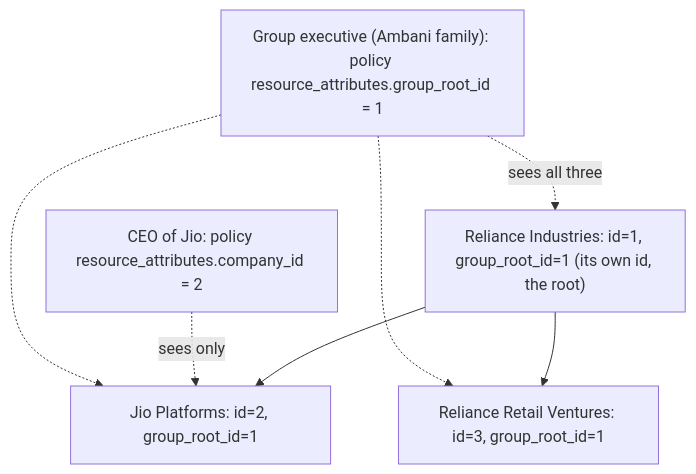
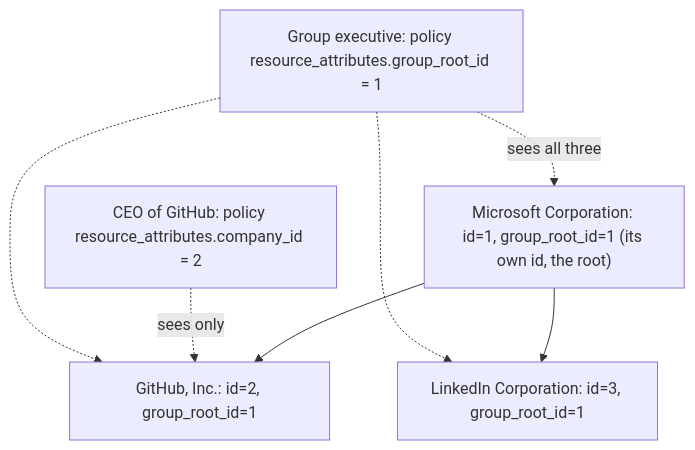
Before and after one commit to Nachiket-2024/balance_sheet_analysis: the diagram in docs/app/access-control/overview.md, drawn with Mermaid. The commit also changed other lines of this file and 1793 other files, not shown here.

````diff
--- a/docs/app/access-control/overview.md
+++ b/docs/app/access-control/overview.md
@@ -32,14 +41,14 @@
 ```mermaid
 flowchart TD
-    Reliance["Reliance Industries: id=1, group_root_id=1 (its own id, the root)"]
-    Jio["Jio Platforms: id=2, group_root_id=1"]
-    Retail["Reliance Retail Ventures: id=3, group_root_id=1"]
+    Microsoft["Microsoft Corporation: id=1, group_root_id=1 (its own id, the root)"]
+    GitHub["GitHub, Inc.: id=2, group_root_id=1"]
+    LinkedIn["LinkedIn Corporation: id=3, group_root_id=1"]
 
-    Reliance --> Jio
-    Reliance --> Retail
+    Microsoft --> GitHub
+    Microsoft --> LinkedIn
 
-    CEO["CEO of Jio: policy resource_attributes.company_id = 2"] -.->|sees only| Jio
-    GroupExec["Group executive (Ambani family): policy resource_attributes.group_root_id = 1"] -.->|sees all three| Reliance
-    GroupExec -.-> Jio
-    GroupExec -.-> Retail
+    CEO["CEO of GitHub: policy resource_attributes.company_id = 2"] -.->|sees only| GitHub
+    GroupExec["Group executive: policy resource_attributes.group_root_id = 1"] -.->|sees all three| Microsoft
+    GroupExec -.-> GitHub
+    GroupExec -.-> LinkedIn
 ```
````
